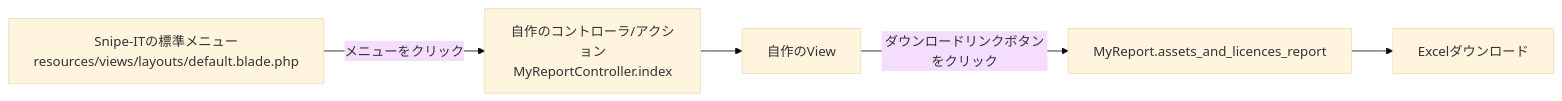
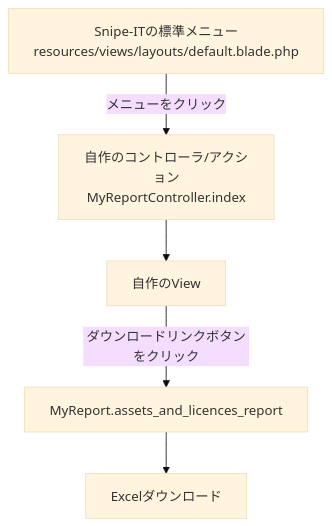
One commit to chiku-wa/Snipe-IT_Customize changed the diagram in README.md. Above: the diagram before and after it, drawn with Mermaid (base theme). The commit also changed other lines of this file and 3 other files, not shown here.

````diff
--- a/README.md
+++ b/README.md
@@ -208,6 +224,8 @@
 ```mermaid
-graph LR;
+graph TD;
+    %% 自作Viewへの導線
     menu[Snipe-ITの標準メニュー<br>resources/views/layouts/default.blade.php] -->|メニューをクリック|custom_controller_index[自作のコントローラ/アクション<br/>MyReportController.index]-->custom_view[自作のView];
+
+    %%  自作ViewからExcelダウンロードへの導線
     custom_view-->|ダウンロードリンクボタンをクリック|custom_controller_[MyReport.assets_and_licences_report]-->dl_excel[Excelダウンロード];
-
 ```
````
